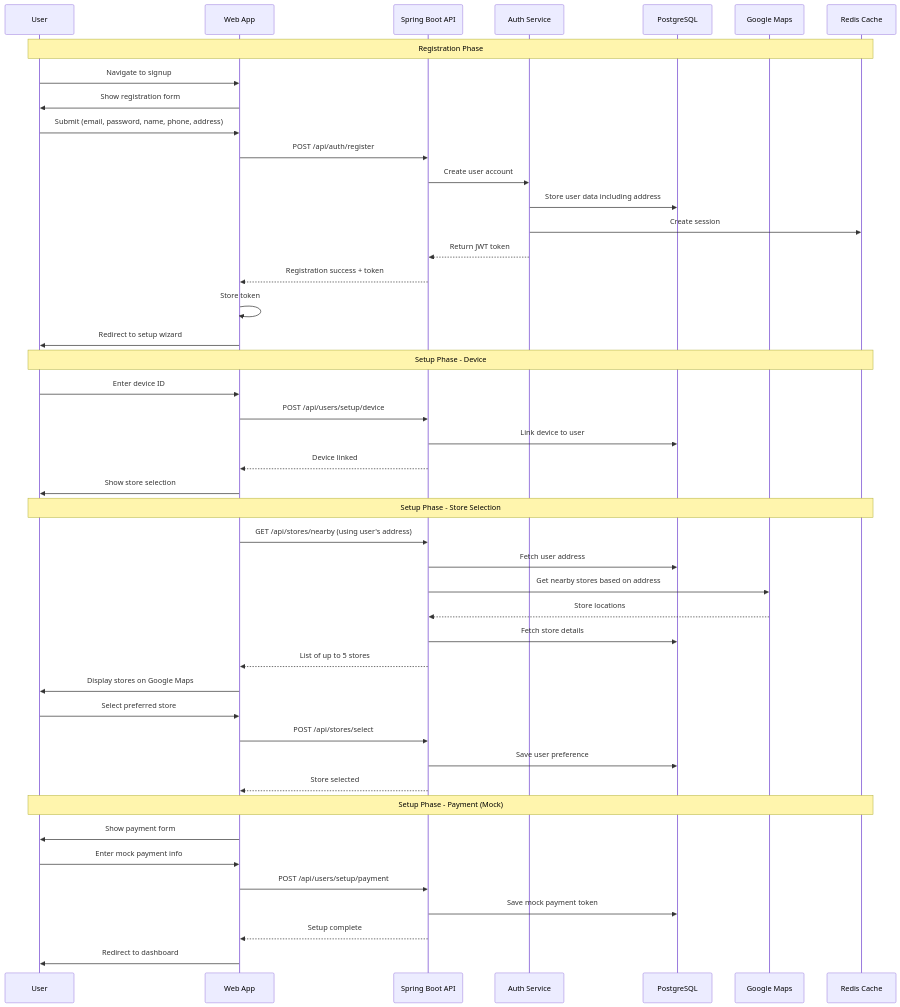
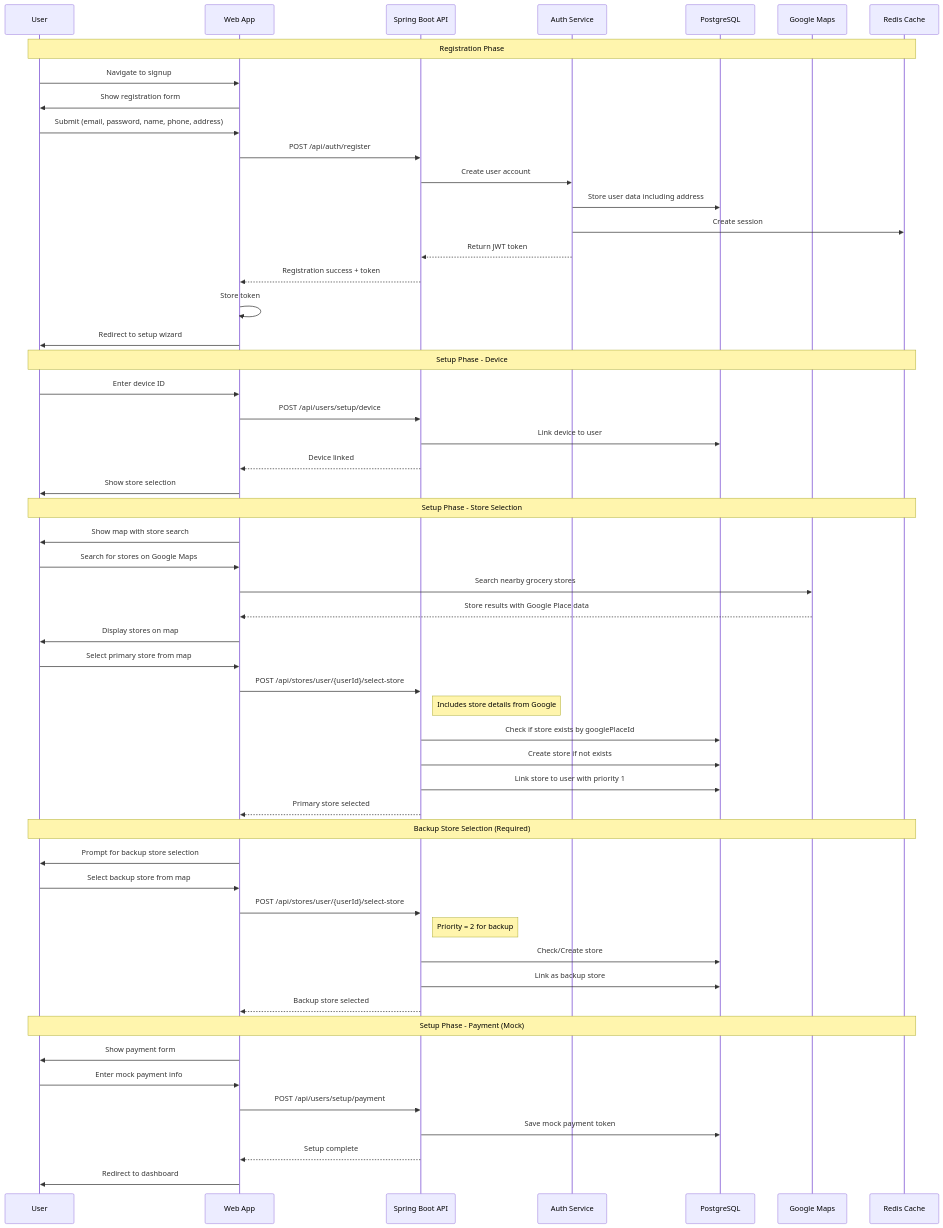
One commit to Software-Technical-Training/cursor-cluade4-project1 changed the second of 10 diagrams in docs/architecture/data-flow-diagrams.md. Above: the diagram before and after it, drawn with Mermaid. The commit also changed other lines of this file and 43 other files, not shown here.

First line of the commit message:
Phase 1 Complete: Draft Order Workflow, Store Management, and Architecture Updates

````diff
--- a/docs/architecture/data-flow-diagrams.md
+++ b/docs/architecture/data-flow-diagrams.md
@@ -92,51 +92,61 @@
 ```mermaid
 sequenceDiagram
     participant U as User
     participant W as Web App
     participant API as Spring Boot API
     participant AUTH as Auth Service
     participant DB as PostgreSQL
     participant MAPS as Google Maps
     participant REDIS as Redis Cache
     
     Note over U,REDIS: Registration Phase
     U->>W: Navigate to signup
     W->>U: Show registration form
     U->>W: Submit (email, password, name, phone, address)
     W->>API: POST /api/auth/register
     API->>AUTH: Create user account
     AUTH->>DB: Store user data including address
     AUTH->>REDIS: Create session
     AUTH-->>API: Return JWT token
     API-->>W: Registration success + token
     W->>W: Store token
     W->>U: Redirect to setup wizard
     
     Note over U,REDIS: Setup Phase - Device
     U->>W: Enter device ID
     W->>API: POST /api/users/setup/device
     API->>DB: Link device to user
     API-->>W: Device linked
     W->>U: Show store selection
     
     Note over U,REDIS: Setup Phase - Store Selection
-    W->>API: GET /api/stores/nearby (using user's address)
-    API->>DB: Fetch user address
-    API->>MAPS: Get nearby stores based on address
-    MAPS-->>API: Store locations
-    API->>DB: Fetch store details
-    API-->>W: List of up to 5 stores
-    W->>U: Display stores on Google Maps
-    U->>W: Select preferred store
-    W->>API: POST /api/stores/select
-    API->>DB: Save user preference
-    API-->>W: Store selected
+    W->>U: Show map with store search
+    U->>W: Search for stores on Google Maps
+    W->>MAPS: Search nearby grocery stores
+    MAPS-->>W: Store results with Google Place data
+    W->>U: Display stores on map
+    U->>W: Select primary store from map
+    W->>API: POST /api/stores/user/{userId}/select-store
+    Note right of API: Includes store details from Google
+    API->>DB: Check if store exists by googlePlaceId
+    API->>DB: Create store if not exists
+    API->>DB: Link store to user with priority 1
+    API-->>W: Primary store selected
+    
+    Note over U,REDIS: Backup Store Selection (Required)
+    W->>U: Prompt for backup store selection
+    U->>W: Select backup store from map
+    W->>API: POST /api/stores/user/{userId}/select-store
+    Note right of API: Priority = 2 for backup
+    API->>DB: Check/Create store
+    API->>DB: Link as backup store
+    API-->>W: Backup store selected
     
     Note over U,REDIS: Setup Phase - Payment (Mock)
     W->>U: Show payment form
     U->>W: Enter mock payment info
     W->>API: POST /api/users/setup/payment
     API->>DB: Save mock payment token
     API-->>W: Setup complete
     W->>U: Redirect to dashboard
 ```
````
